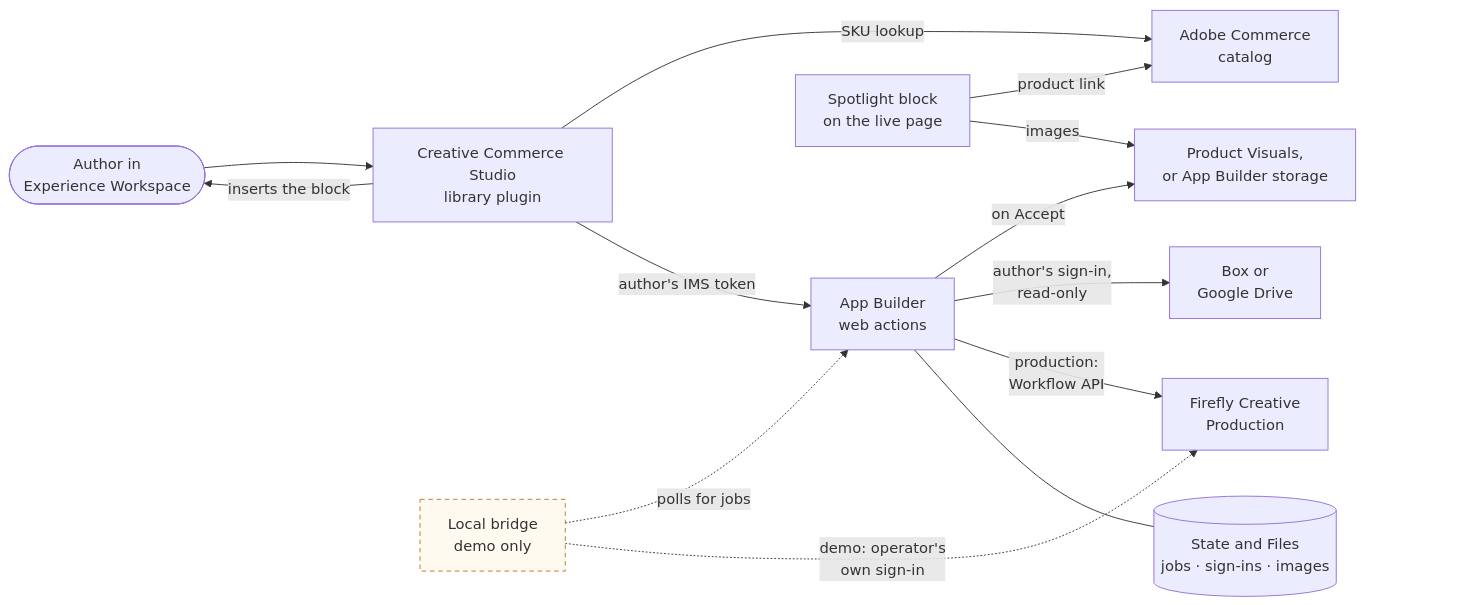
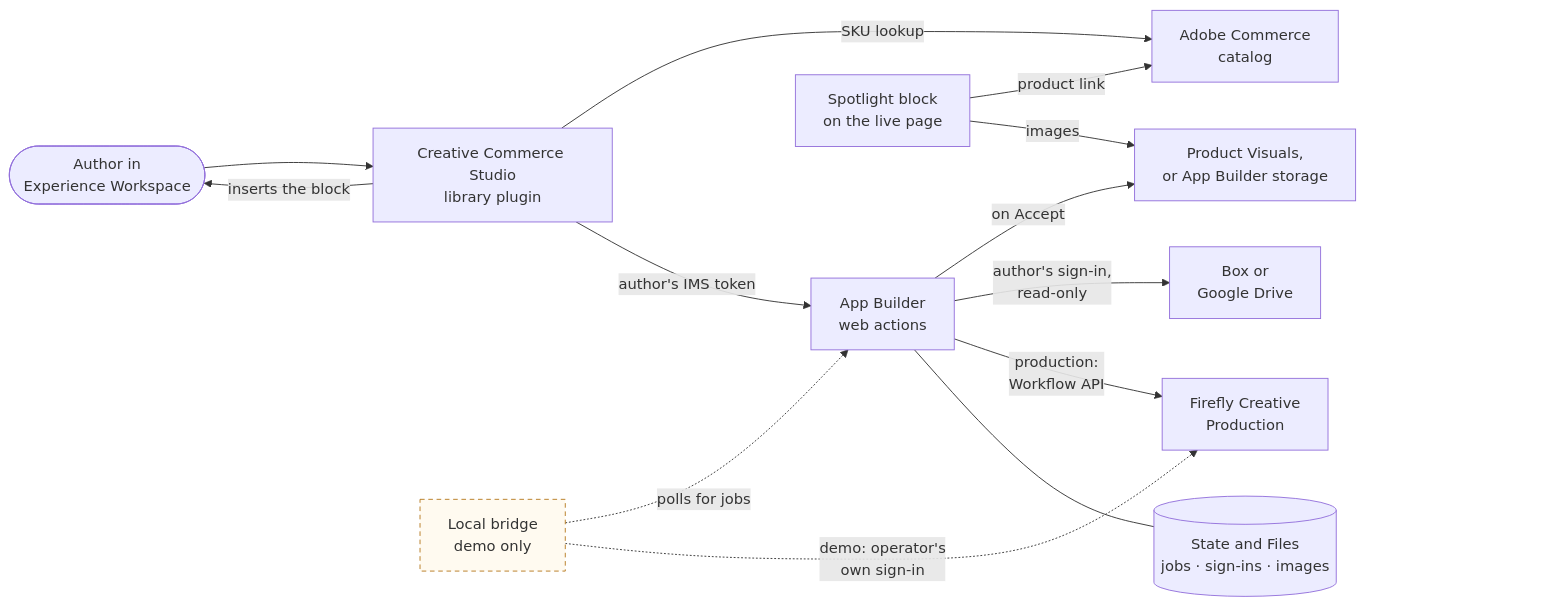
The first of 2 diagrams in README.md (kmanns/creative-commerce-studio), drawn with Mermaid before and after one commit.

Commit message:
Wider margin for GitHub's diagram controls

````diff
--- a/README.md
+++ b/README.md
@@ -169,20 +169,20 @@
 ```mermaid
 flowchart LR
   A(["Author in<br/>Experience Workspace"]) --> P["Creative Commerce Studio<br/>library plugin"]
   P -- "SKU lookup" --> CAT["Adobe Commerce<br/>catalog"]
   P -- "author's IMS token" --> W["App Builder<br/>web actions"]
   W -- "on Accept" --> DEL["Product Visuals,<br/>or App Builder storage"]
   W -- "author's sign-in,<br/>read-only" --> SRC["Box or<br/>Google Drive"]
   W -- "production:<br/>Workflow API" --> FF["Firefly Creative<br/>Production"]
   W --- ST[("State and Files<br/>jobs · sign-ins · images")]
   BR["Local bridge<br/>demo only"] -. "polls for jobs" .-> W
   BR -. "demo: operator's<br/>own sign-in" .-> FF
   P -- "inserts the block" --> A
   BLK["Spotlight block<br/>on the live page"] -- "product link" --> CAT
   BLK -- "images" --> DEL
   classDef demo stroke-dasharray: 5 4,stroke:#b7791f,fill:#fffaf0
   class BR demo
-  FF ~~~ SP[" "]
+  FF ~~~ SP["#160;#160;#160;#160;#160;#160;#160;#160;#160;#160;#160;#160;#160;#160;#160;#160;#160;#160;#160;#160;"]
   classDef spacer fill:none,stroke:none,color:transparent
   class SP spacer
 ```
````
